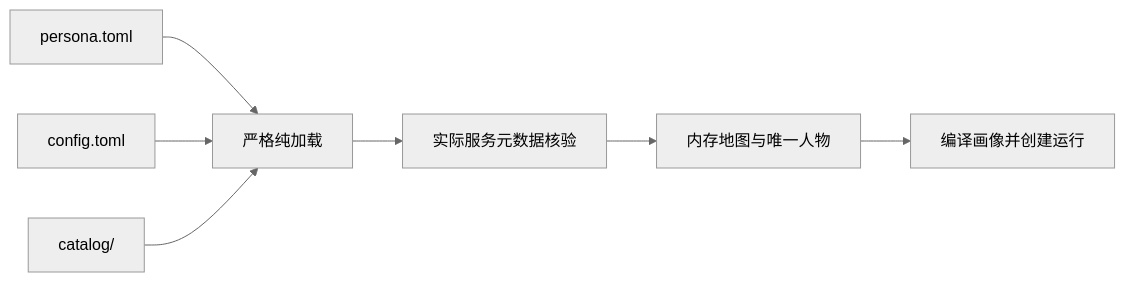
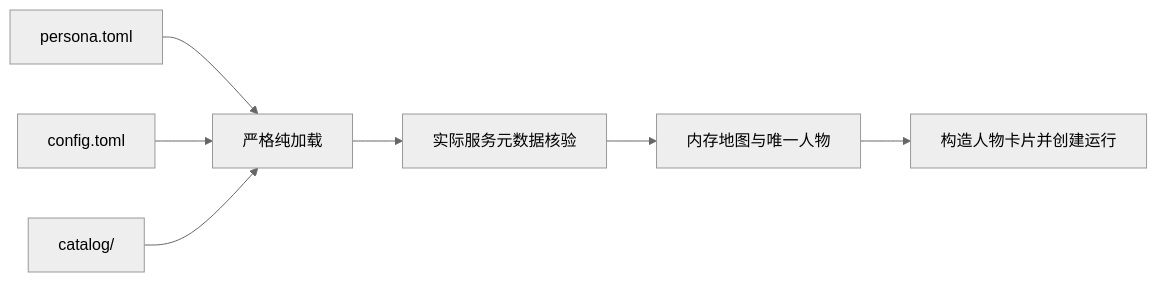
One commit to HoldThatThgt/WorldMock changed the diagram in docs/design/08-configuration.md. Above: the diagram before and after it, drawn with Mermaid (neutral theme). The commit also changed other lines of this file and 8 other files, not shown here.

````diff
--- a/docs/design/08-configuration.md
+++ b/docs/design/08-configuration.md
@@ -11,9 +11,9 @@
 ```mermaid
 flowchart LR
     Persona[persona.toml] --> Load[严格纯加载]
     Config[config.toml] --> Load
     Catalog[catalog/] --> Load
     Load --> Metadata[实际服务元数据核验]
     Metadata --> World[内存地图与唯一人物]
-    World --> Run[编译画像并创建运行]
+    World --> Run[构造人物卡片并创建运行]
 ```
````
